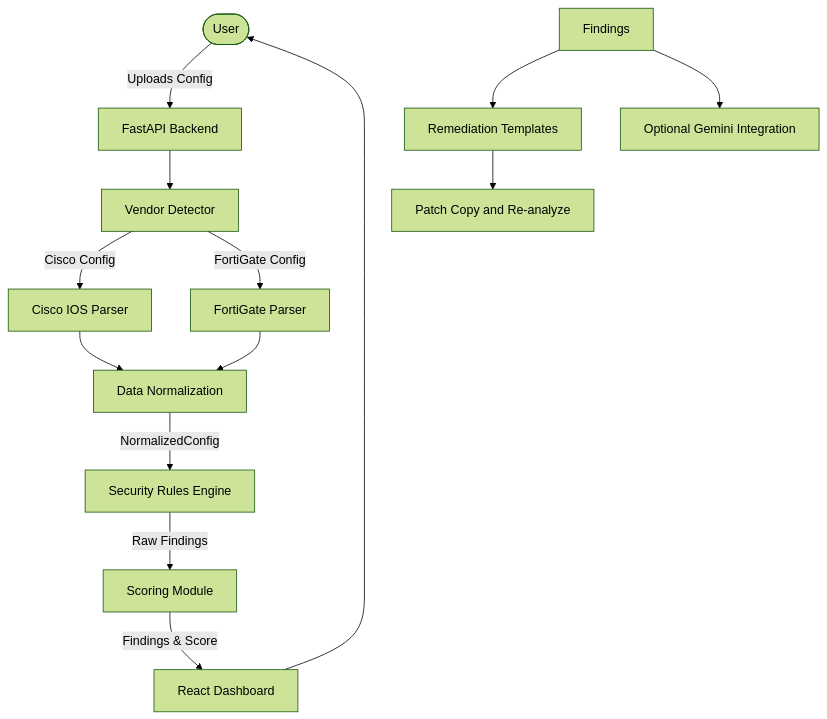
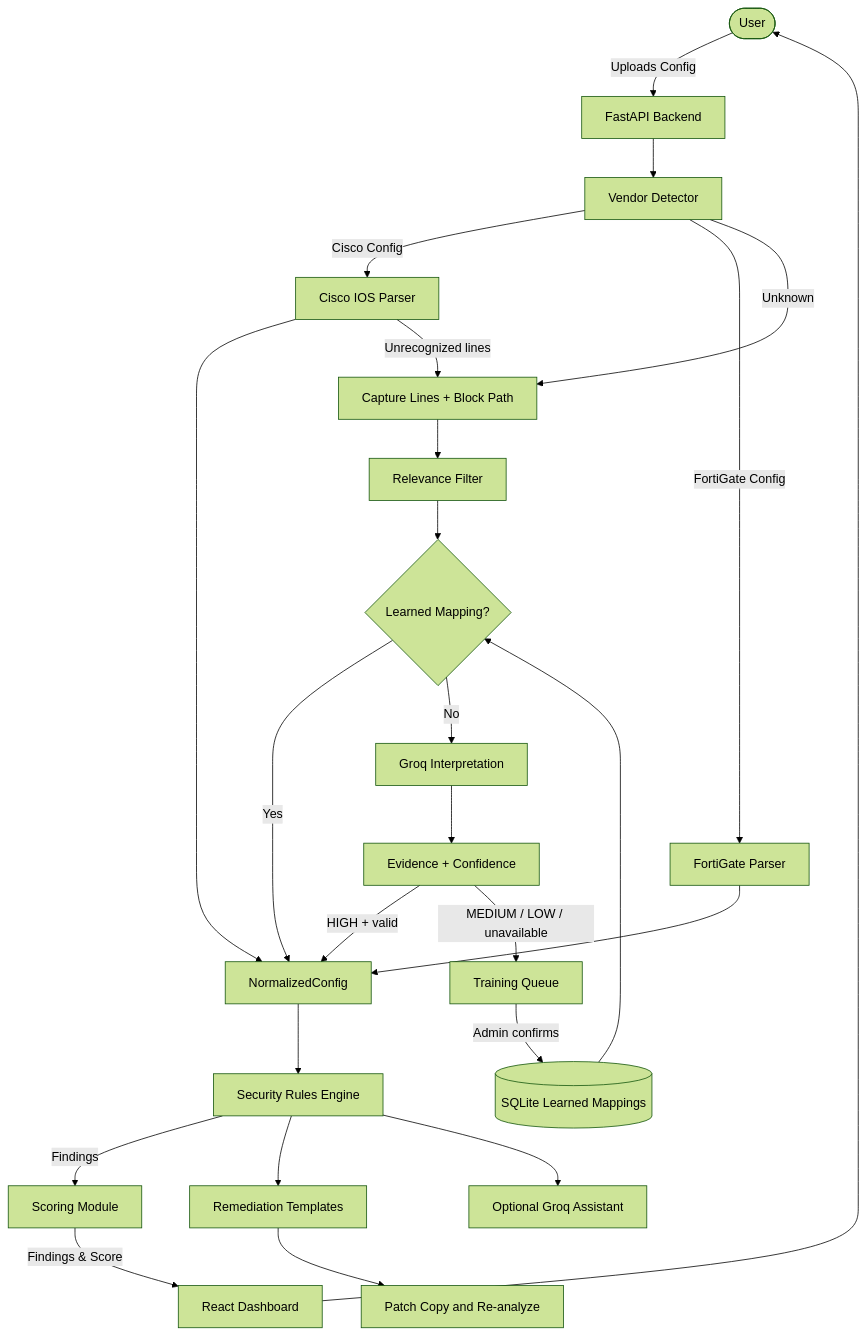
The diagram in docs/architecture.md (astrilo-monk/sih-26155), drawn with Mermaid (forest theme) before and after one commit. The commit also changed other lines of this file and 55 other files, not shown here.

````diff
--- a/docs/architecture.md
+++ b/docs/architecture.md
@@ -22,19 +31,30 @@
 ```mermaid
 flowchart TD
     User([User]) --> |Uploads Config| API[FastAPI Backend]
     API --> Detector[Vendor Detector]
     Detector --> |Cisco Config| CiscoParser[Cisco IOS Parser]
     Detector --> |FortiGate Config| FortiParser[FortiGate Parser]
-    
-    CiscoParser --> Normalizer[Data Normalization]
+    Detector --> |Unknown| Capture[Capture Lines + Block Path]
+
+    CiscoParser --> Normalizer[NormalizedConfig]
     FortiParser --> Normalizer
-    
-    Normalizer --> |NormalizedConfig| RulesEngine[Security Rules Engine]
-    RulesEngine --> |Raw Findings| Scorer[Scoring Module]
-    
+    CiscoParser --> |Unrecognized lines| Capture
+
+    Capture --> Relevance[Relevance Filter]
+    Relevance --> Learned{Learned Mapping?}
+    Learned --> |Yes| Normalizer
+    Learned --> |No| AI[Groq Interpretation]
+    AI --> Validate[Evidence + Confidence]
+    Validate --> |HIGH + valid| Normalizer
+    Validate --> |MEDIUM / LOW / unavailable| Training[Training Queue]
+    Training --> |Admin confirms| DB[(SQLite Learned Mappings)]
+    DB --> Learned
+
+    Normalizer --> RulesEngine[Security Rules Engine]
+    RulesEngine --> |Findings| Scorer[Scoring Module]
     Scorer --> |Findings & Score| Frontend[React Dashboard]
-    Findings --> Templates[Remediation Templates]
+    RulesEngine --> Templates[Remediation Templates]
     Templates --> Verify[Patch Copy and Re-analyze]
-    Findings --> AILayer[Optional Gemini Integration]
+    RulesEngine --> Assistant[Optional Groq Assistant]
     Frontend --> User
 ```
````
